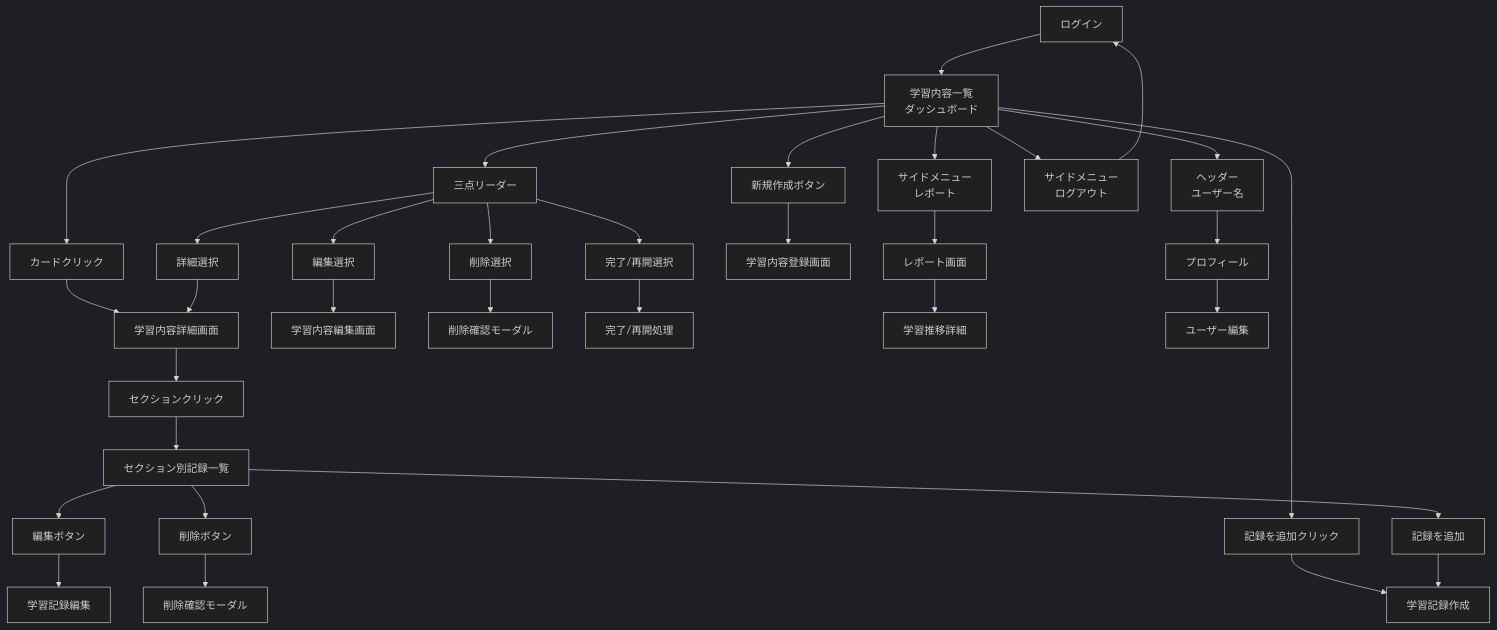
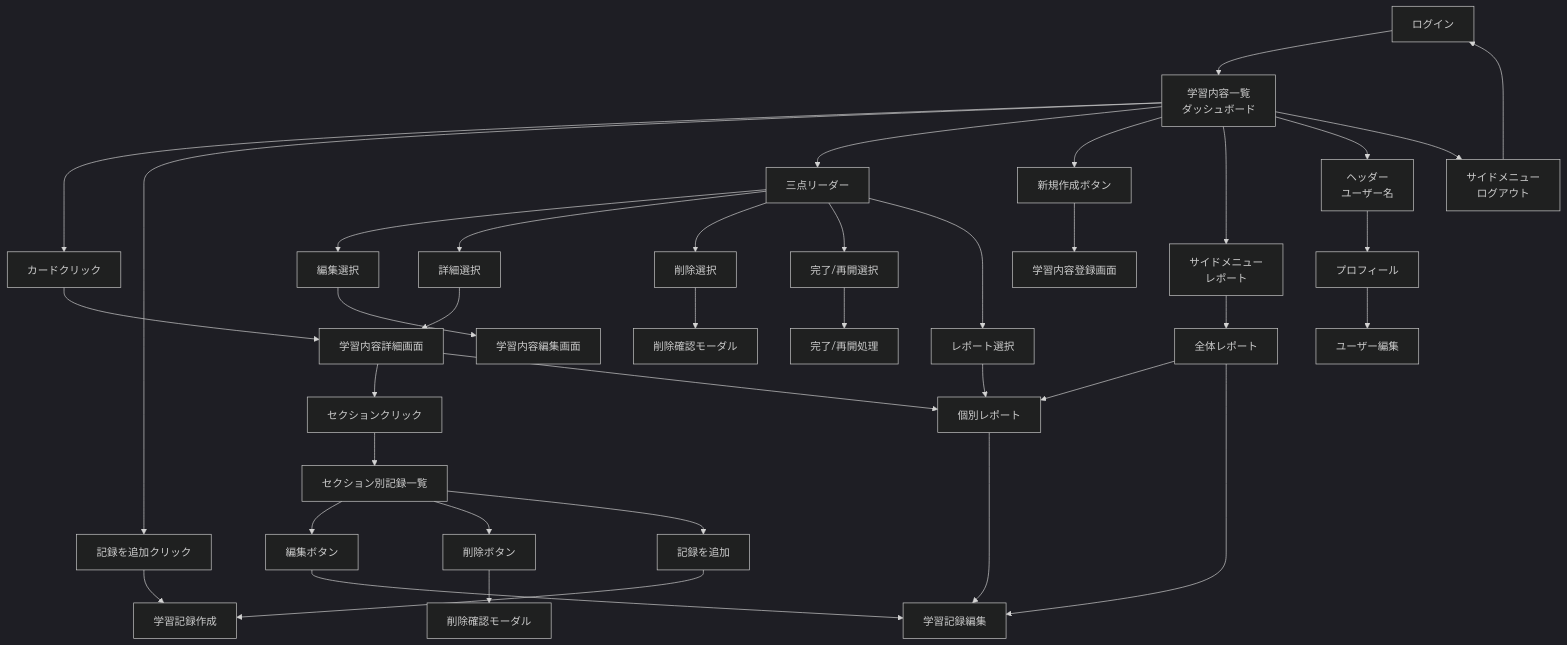
Before and after one commit to SHUN5872698/learn-track-pro: the second of 2 diagrams in .gemini/docs/designs/簡易設計&画面フロー.md, drawn with Mermaid (dark theme). The commit also changed other lines of this file and 3 other files, not shown here.

````diff
--- a/.gemini/docs/designs/簡易設計&画面フロー.md
+++ b/.gemini/docs/designs/簡易設計&画面フロー.md
@@ -1190,53 +1202,58 @@
 ```mermaid
 flowchart TD
     A[ログイン] --> B[学習内容一覧<br/>ダッシュボード]
 
     %% 学習内容管理
     B --> C[カードクリック]
     C --> D[学習内容詳細画面]
 
     B --> ADDREC[記録を追加クリック]
     ADDREC --> REC[学習記録作成]
 
     B --> T[三点リーダー]
     T --> ED[編集選択]
     T --> DE[詳細選択]
     T --> DL[削除選択]
     T --> CO[完了/再開選択]
+    T --> REP[レポート選択]
 
     ED --> G[学習内容編集画面]
     DE --> D
     DL --> DC[削除確認モーダル]
     CO --> CS[完了/再開処理]
+    REP --> J[個別レポート]
 
     B --> O[新規作成ボタン]
     O --> F[学習内容登録画面]
 
     %% 詳細画面からの遷移
     D --> SEC[セクションクリック]
     SEC --> RLIST[セクション別記録一覧]
+    D --> J
 
     RLIST --> REDIT[編集ボタン]
     REDIT --> REDITED[学習記録編集]
 
     RLIST --> RDEL[削除ボタン]
     RDEL --> RDELCONF[削除確認モーダル]
 
     RLIST --> RADD[記録を追加]
     RADD --> REC
 
     %% レポート関連
     B --> NAV_REPORT[サイドメニュー<br/>レポート]
-    NAV_REPORT --> I[レポート画面]
-    I --> J[学習推移詳細]
+    NAV_REPORT --> I[全体レポート]
+    I --> J[個別レポート]
+    I --> REDITED
+    J --> REDITED
 
     %% ユーザー管理
     B --> USER[ヘッダー<br/>ユーザー名]
     USER --> M[プロフィール]
     M --> N[ユーザー編集]
 
     %% ログアウト
     B --> LOGOUT[サイドメニュー<br/>ログアウト]
     LOGOUT --> A
 
 ```
````
